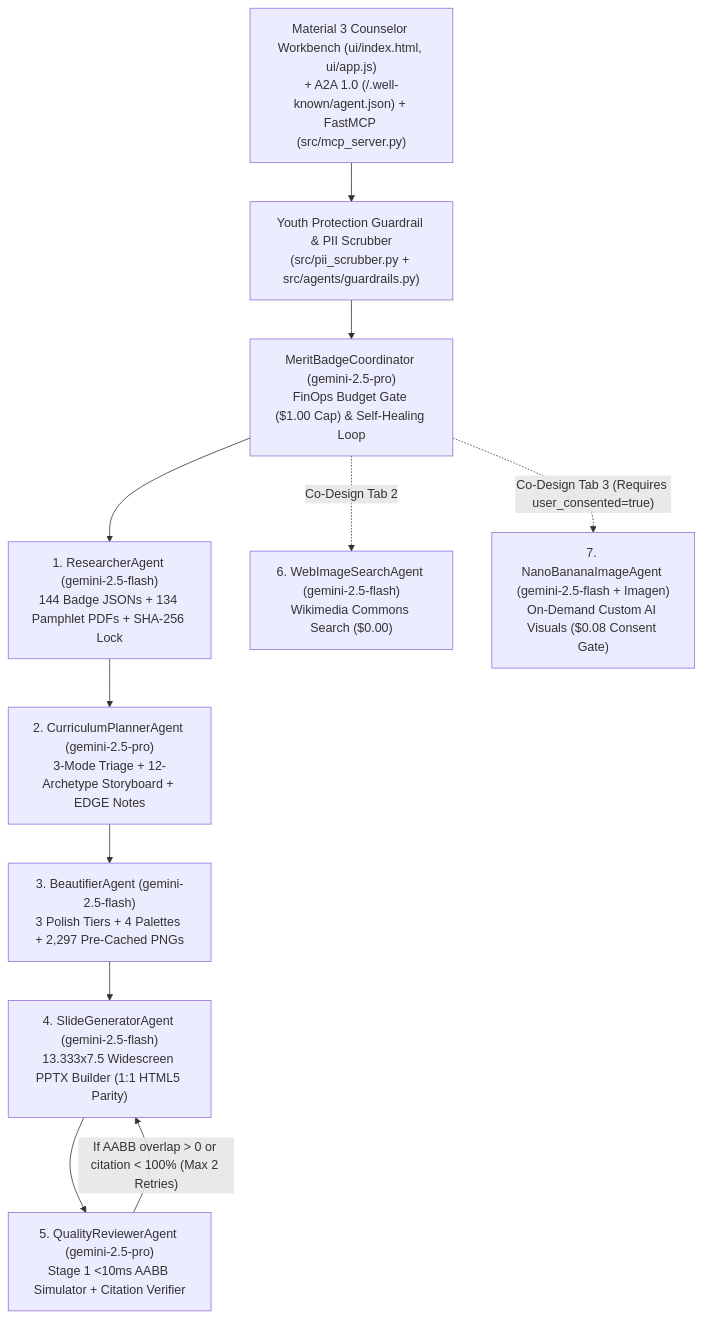
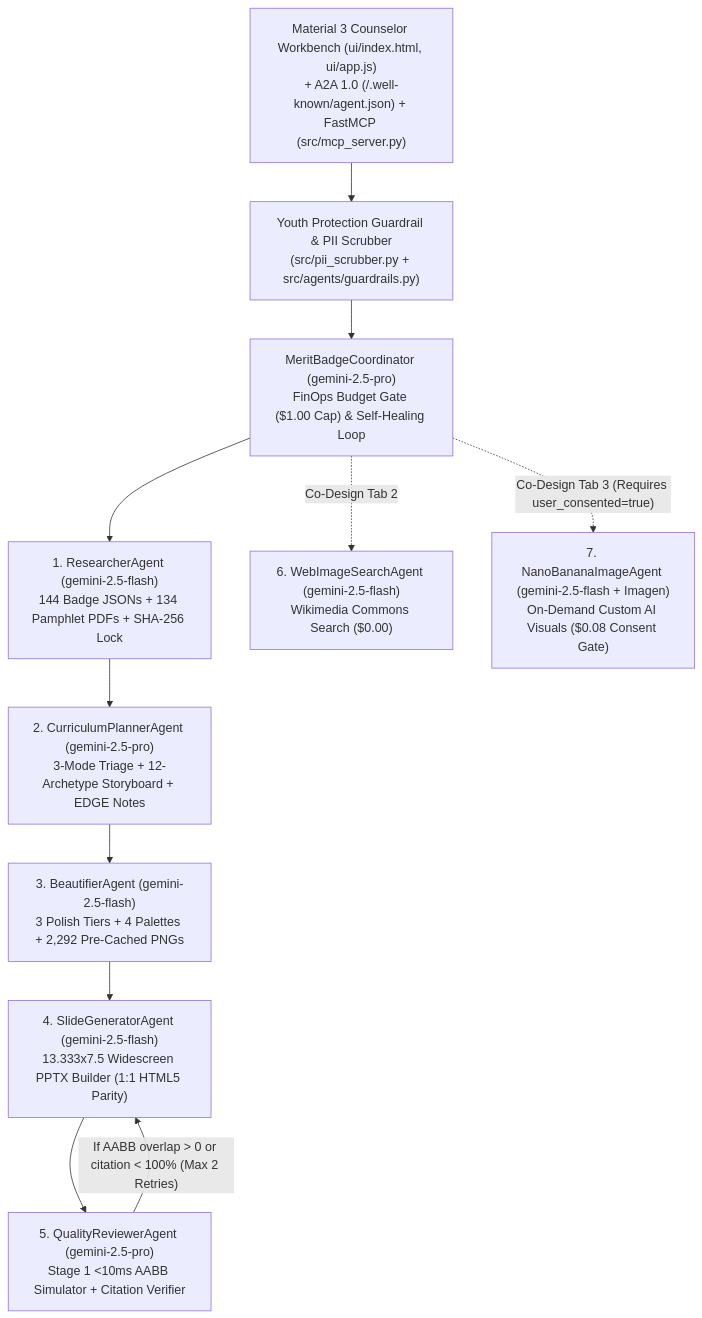
The diagram in docs/TDD.md (clayberg/scouts-bsa-merit-badge-agent), drawn with Mermaid before and after one commit. The commit also changed other lines of this file and 61 other files, not shown here.

````diff
--- a/docs/TDD.md
+++ b/docs/TDD.md
@@ -25,20 +25,20 @@
 ```mermaid
 flowchart TD
     UI["Material 3 Counselor Workbench (ui/index.html, ui/app.js)\n+ A2A 1.0 (/.well-known/agent.json) + FastMCP (src/mcp_server.py)"]
     GUARD["Youth Protection Guardrail & PII Scrubber\n(src/pii_scrubber.py + src/agents/guardrails.py)"]
     COORD["MeritBadgeCoordinator (gemini-2.5-pro)\nFinOps Budget Gate ($1.00 Cap) & Self-Healing Loop"]
 
     RES["1. ResearcherAgent (gemini-2.5-flash)\n144 Badge JSONs + 134 Pamphlet PDFs + SHA-256 Lock"]
     PLAN["2. CurriculumPlannerAgent (gemini-2.5-pro)\n3-Mode Triage + 12-Archetype Storyboard + EDGE Notes"]
-    BEAUT["3. BeautifierAgent (gemini-2.5-flash)\n3 Polish Tiers + 4 Palettes + 2,297 Pre-Cached PNGs"]
+    BEAUT["3. BeautifierAgent (gemini-2.5-flash)\n3 Polish Tiers + 4 Palettes + 2,292 Pre-Cached PNGs"]
     SLIDE["4. SlideGeneratorAgent (gemini-2.5-flash)\n13.333x7.5 Widescreen PPTX Builder (1:1 HTML5 Parity)"]
     REV["5. QualityReviewerAgent (gemini-2.5-pro)\nStage 1 <10ms AABB Simulator + Citation Verifier"]
     WEBIMG["6. WebImageSearchAgent (gemini-2.5-flash)\nWikimedia Commons Search ($0.00)"]
     NANO["7. NanoBananaImageAgent (gemini-2.5-flash + Imagen)\nOn-Demand Custom AI Visuals ($0.08 Consent Gate)"]
 
     UI --> GUARD --> COORD
     COORD --> RES --> PLAN --> BEAUT --> SLIDE --> REV
     REV -- "If AABB overlap > 0 or citation < 100% (Max 2 Retries)" --> SLIDE
     COORD -. "Co-Design Tab 2" .-> WEBIMG
     COORD -. "Co-Design Tab 3 (Requires user_consented=true)" .-> NANO
 ```
````
